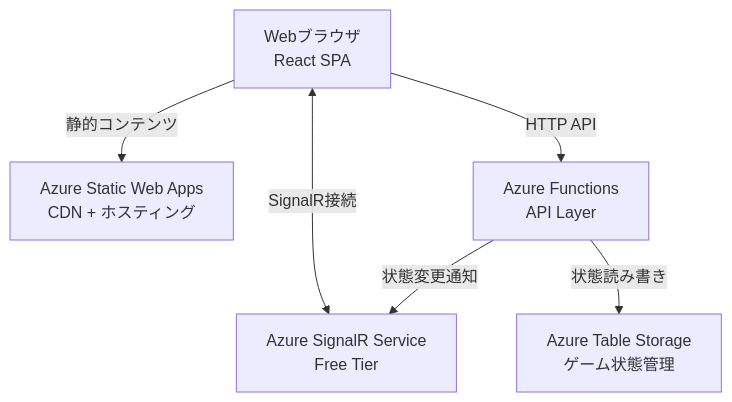
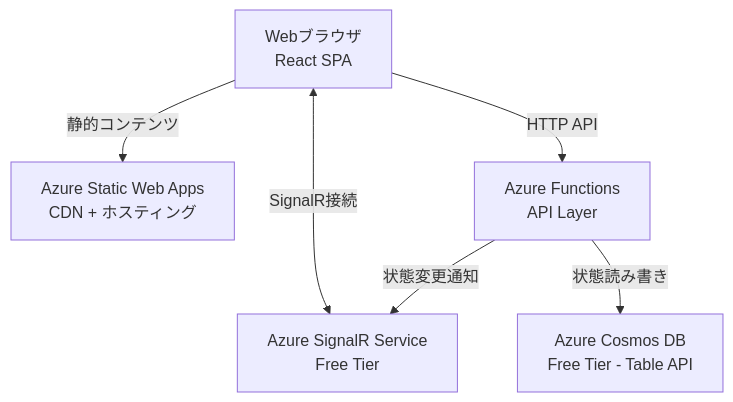
Before and after one commit to Jillrinn/tickTackFour: the first of 4 diagrams in .kiro/specs/multiplayer-game-timer/design.md, drawn with Mermaid. The commit also changed other lines of this file and 1 other file, not shown here.

First line of the commit message:
Update storage backend from Table Storage to Cosmos DB Free Tier

````diff
--- a/.kiro/specs/multiplayer-game-timer/design.md
+++ b/.kiro/specs/multiplayer-game-timer/design.md
@@ -31,14 +31,14 @@
 ```mermaid
 graph TB
     Client[Webブラウザ<br/>React SPA]
     CDN[Azure Static Web Apps<br/>CDN + ホスティング]
     SignalR[Azure SignalR Service<br/>Free Tier]
-    Storage[Azure Table Storage<br/>ゲーム状態管理]
+    Storage[Azure Cosmos DB<br/>Free Tier - Table API]
     Functions[Azure Functions<br/>API Layer]
 
     Client -->|静的コンテンツ| CDN
     Client <-->|SignalR接続| SignalR
     Client -->|HTTP API| Functions
     Functions -->|状態読み書き| Storage
     Functions -->|状態変更通知| SignalR
 ```
````
